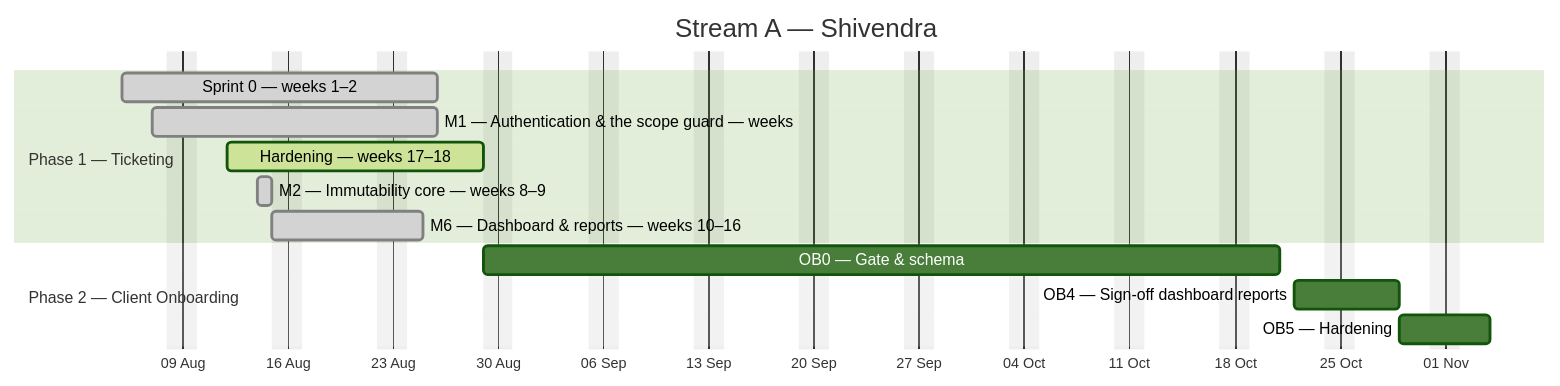
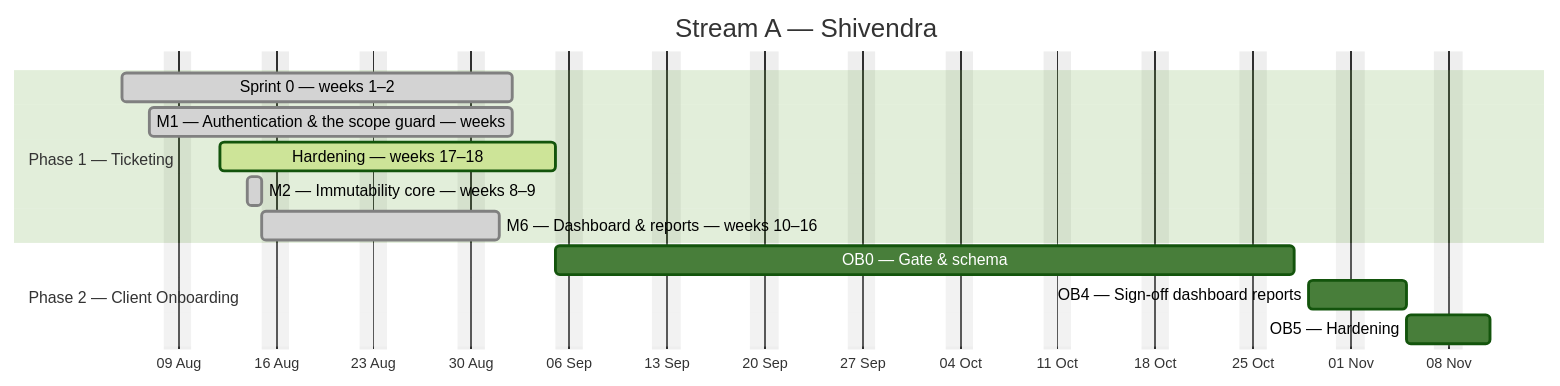
The first of 4 diagrams in docs/plan/GANTT.md (debashisedunext/EduTrack), drawn with Mermaid (forest theme) before and after one commit. The commit also changed other lines of this file and 2 other files, not shown here.

````diff
--- a/docs/plan/GANTT.md
+++ b/docs/plan/GANTT.md
@@ -146,17 +146,17 @@
 ```mermaid
 gantt
     dateFormat YYYY-MM-DD
     axisFormat %d %b
     title Stream A — Shivendra
     excludes weekends
     section Phase 1 — Ticketing
-    Sprint 0 — weeks 1–2 :done, a0, 2026-08-05, 15d
-    M1 — Authentication & the scope guard — weeks :done, a1, 2026-08-07, 13d
-    Hardening — weeks 17–18 :active, a2, 2026-08-12, 13d
+    Sprint 0 — weeks 1–2 :done, a0, 2026-08-05, 20d
+    M1 — Authentication & the scope guard — weeks :done, a1, 2026-08-07, 18d
+    Hardening — weeks 17–18 :active, a2, 2026-08-12, 18d
     M2 — Immutability core — weeks 8–9 :done, a3, 2026-08-14, 1d
-    M6 — Dashboard & reports — weeks 10–16 :done, a4, 2026-08-15, 7d
+    M6 — Dashboard & reports — weeks 10–16 :done, a4, 2026-08-15, 12d
     section Phase 2 — Client Onboarding
-    OB0 — Gate & schema :a5, 2026-08-29, 38d
-    OB4 — Sign-off  dashboard  reports :a6, 2026-10-22, 5d
-    OB5 — Hardening :a7, 2026-10-29, 4d
+    OB0 — Gate & schema :a5, 2026-09-05, 38d
+    OB4 — Sign-off  dashboard  reports :a6, 2026-10-29, 5d
+    OB5 — Hardening :a7, 2026-11-05, 4d
 ```
````
